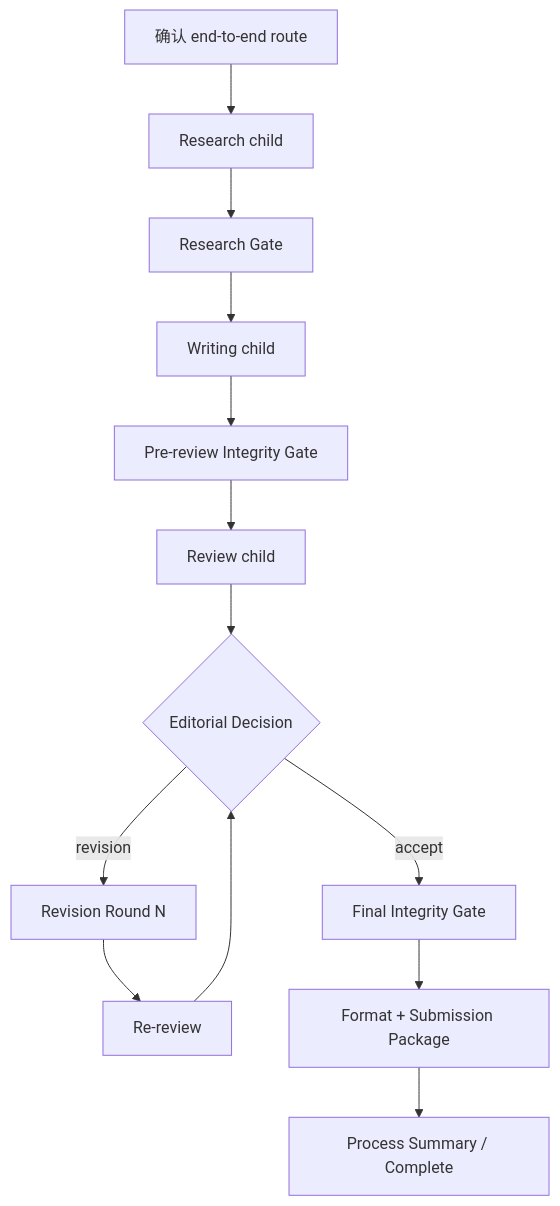
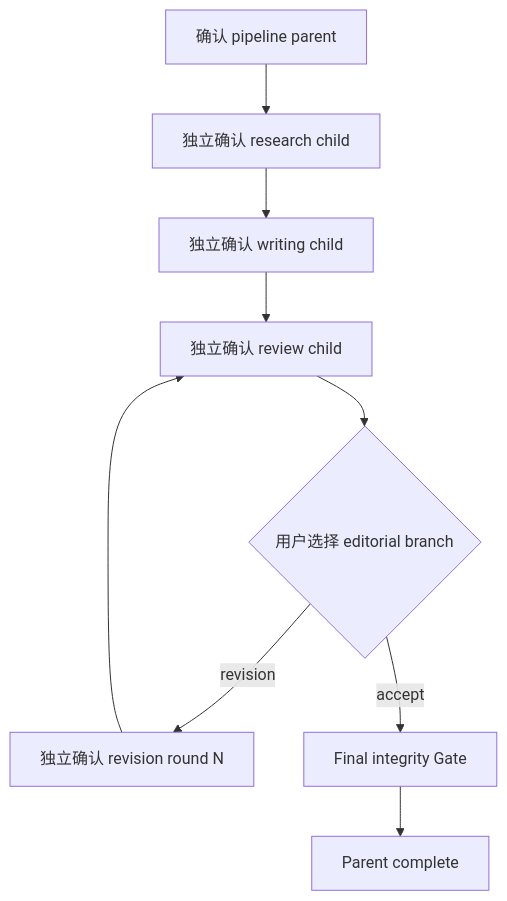
Before and after one commit to leike0813/ResearchSpec: the first of 2 diagrams in playbooks/owner-walkthrough/README.md, drawn with Mermaid. The commit also changed other lines of this file and 6 other files, not shown here.

````diff
--- a/playbooks/owner-walkthrough/README.md
+++ b/playbooks/owner-walkthrough/README.md
@@ -451,28 +199,15 @@
 ```mermaid
 flowchart TD
-    S["确认 end-to-end route"]
-    R["Research child"]
-    RG["Research Gate"]
-    W["Writing child"]
-    PG["Pre-review Integrity Gate"]
-    RV["Review child"]
-    D{"Editorial Decision"}
-    RR["Revision Round N"]
-    RRV["Re-review"]
-    FI["Final Integrity Gate"]
-    F["Format + Submission Package"]
-    PS["Process Summary / Complete"]
+    P["确认 pipeline parent"]
+    R["独立确认 research child"]
+    W["独立确认 writing child"]
+    V["独立确认 review child"]
+    D{"用户选择 editorial branch"}
+    X["独立确认 revision round N"]
+    F["Final integrity Gate"]
+    C["Parent complete"]
 
-    S --> R
-    R --> RG
-    RG --> W
-    W --> PG
-    PG --> RV
-    RV --> D
-    D -->|revision| RR
-    RR --> RRV
-    RRV --> D
-    D -->|accept| FI
-    FI --> F
-    F --> PS
+    P --> R --> W --> V --> D
+    D -->|revision| X --> V
+    D -->|accept| F --> C
 ```
````
